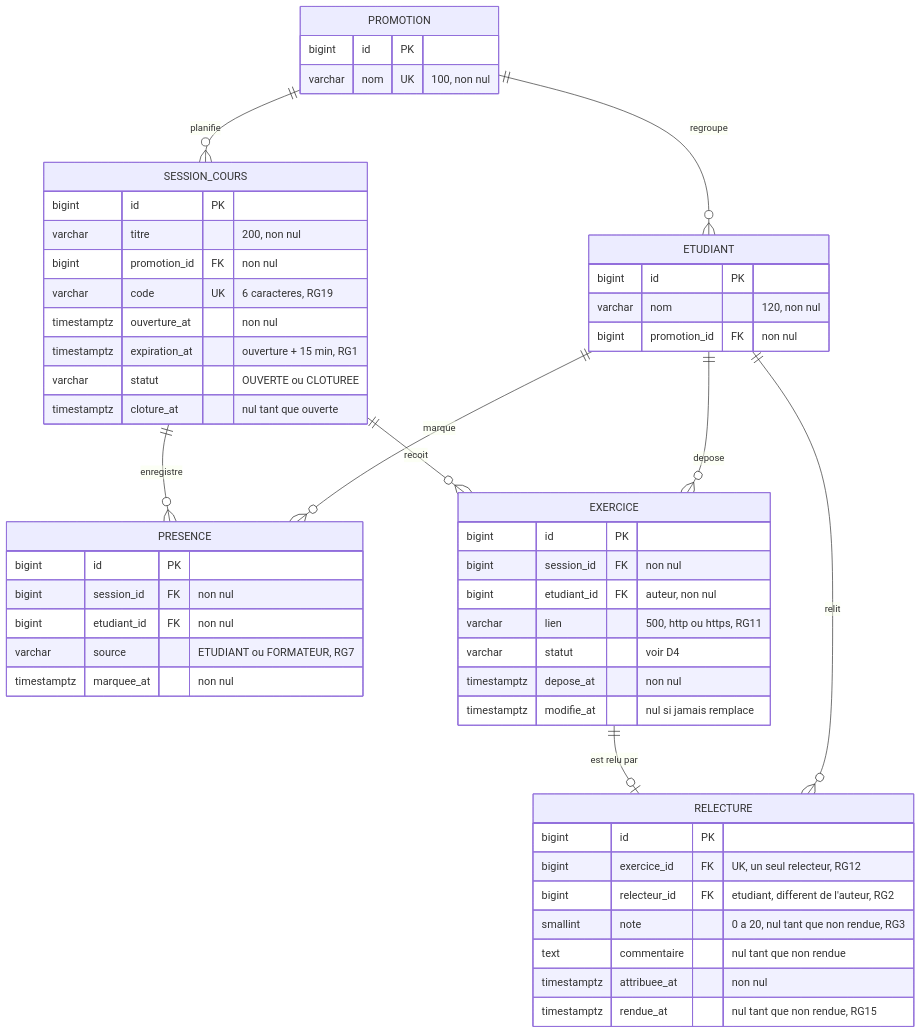
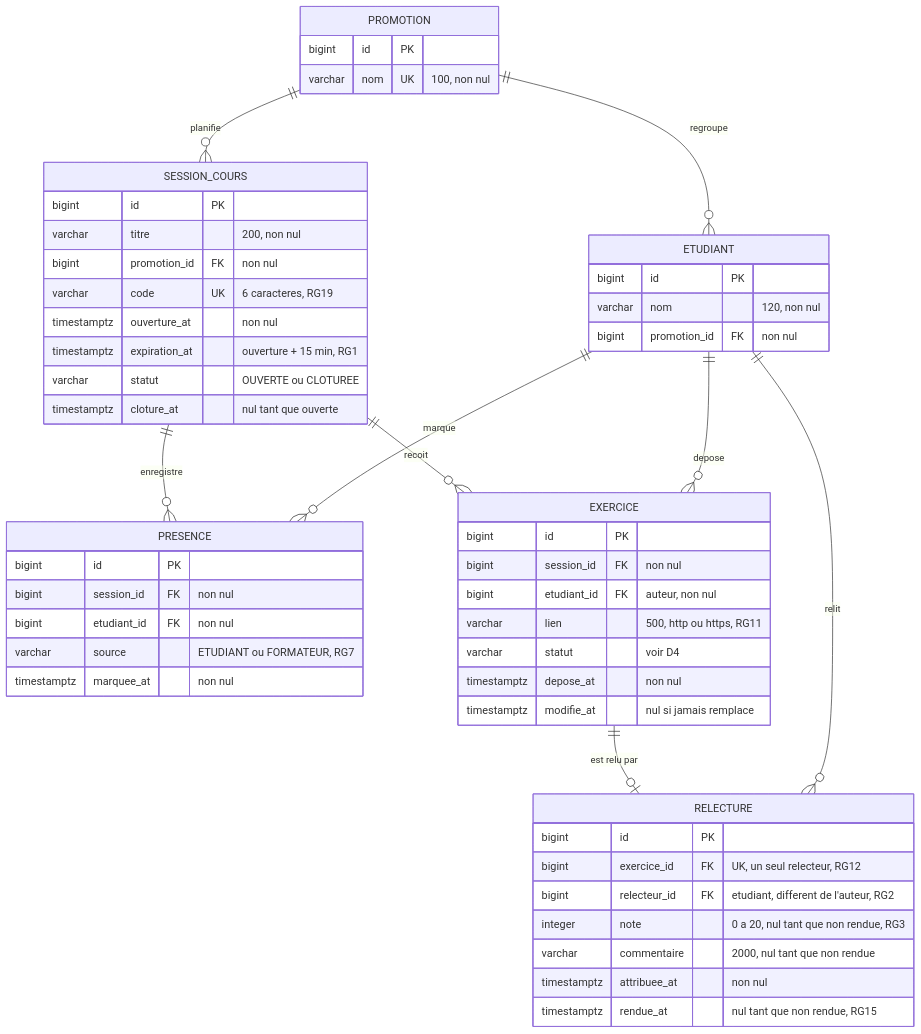
One commit to Alphadev2023/kfokam48-epreuve-190 changed the diagram in docs/diagrammes/D2-modele-donnees.md. Above: the diagram before and after it, drawn with Mermaid.

Commit message:
docs(diagrammes): aligne D2 sur V1 (note integer, commentaire varchar 2000)

````diff
--- a/docs/diagrammes/D2-modele-donnees.md
+++ b/docs/diagrammes/D2-modele-donnees.md
@@ -5,56 +5,56 @@
 ```mermaid
 erDiagram
     PROMOTION ||--o{ ETUDIANT : regroupe
     PROMOTION ||--o{ SESSION_COURS : planifie
     SESSION_COURS ||--o{ PRESENCE : enregistre
     ETUDIANT ||--o{ PRESENCE : marque
     SESSION_COURS ||--o{ EXERCICE : recoit
     ETUDIANT ||--o{ EXERCICE : depose
     EXERCICE ||--o| RELECTURE : "est relu par"
     ETUDIANT ||--o{ RELECTURE : relit
 
     PROMOTION {
         bigint id PK
         varchar nom UK "100, non nul"
     }
     ETUDIANT {
         bigint id PK
         varchar nom "120, non nul"
         bigint promotion_id FK "non nul"
     }
     SESSION_COURS {
         bigint id PK
         varchar titre "200, non nul"
         bigint promotion_id FK "non nul"
         varchar code UK "6 caracteres, RG19"
         timestamptz ouverture_at "non nul"
         timestamptz expiration_at "ouverture + 15 min, RG1"
         varchar statut "OUVERTE ou CLOTUREE"
         timestamptz cloture_at "nul tant que ouverte"
     }
     PRESENCE {
         bigint id PK
         bigint session_id FK "non nul"
         bigint etudiant_id FK "non nul"
         varchar source "ETUDIANT ou FORMATEUR, RG7"
         timestamptz marquee_at "non nul"
     }
     EXERCICE {
         bigint id PK
         bigint session_id FK "non nul"
         bigint etudiant_id FK "auteur, non nul"
         varchar lien "500, http ou https, RG11"
         varchar statut "voir D4"
         timestamptz depose_at "non nul"
         timestamptz modifie_at "nul si jamais remplace"
     }
     RELECTURE {
         bigint id PK
         bigint exercice_id FK "UK, un seul relecteur, RG12"
         bigint relecteur_id FK "etudiant, different de l'auteur, RG2"
-        smallint note "0 a 20, nul tant que non rendue, RG3"
-        text commentaire "nul tant que non rendue"
+        integer note "0 a 20, nul tant que non rendue, RG3"
+        varchar commentaire "2000, nul tant que non rendue"
         timestamptz attribuee_at "non nul"
         timestamptz rendue_at "nul tant que non rendue, RG15"
     }
 ```
````
